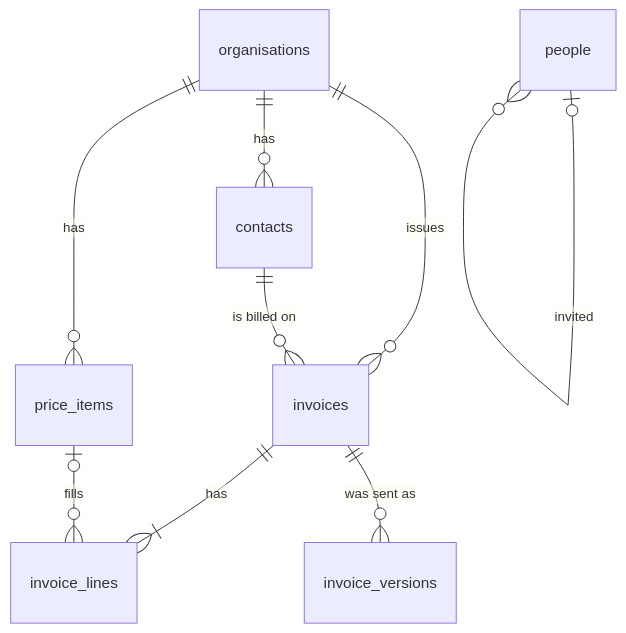
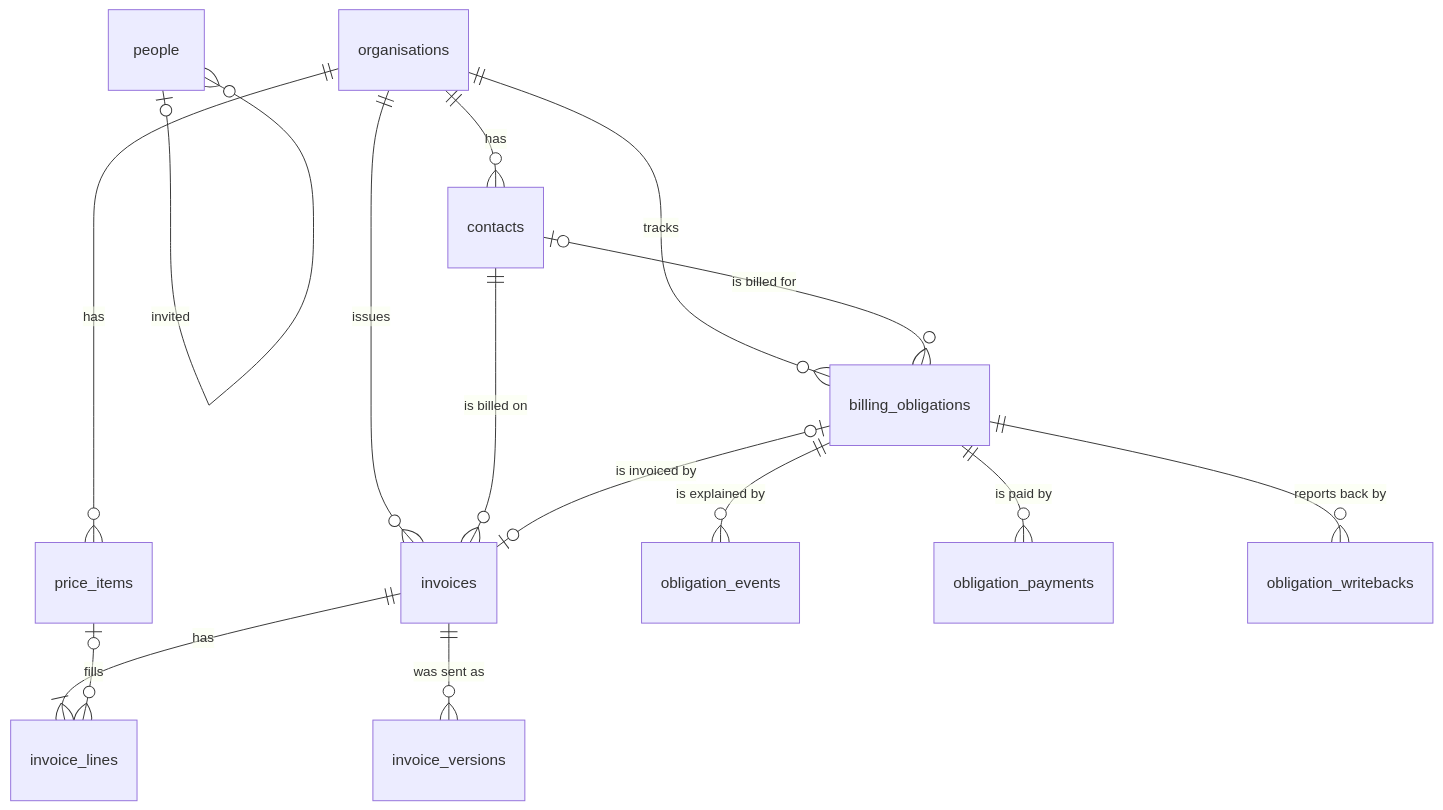
Before and after one commit to arcforgelabs/flow: the first of 2 diagrams in docs/DATA_MODEL.md, drawn with Mermaid. The commit also changed other lines of this file and 8 other files, not shown here.

First line of the commit message:
feat: keep billable jobs in a billing obligation ledger with evidence (#24)

````diff
--- a/docs/DATA_MODEL.md
+++ b/docs/DATA_MODEL.md
@@ -7,11 +7,17 @@
 ```mermaid
 erDiagram
   organisations ||--o{ contacts : has
   organisations ||--o{ price_items : has
   organisations ||--o{ invoices : issues
   contacts ||--o{ invoices : "is billed on"
   invoices ||--|{ invoice_lines : has
   price_items |o--o{ invoice_lines : "fills"
   invoices ||--o{ invoice_versions : "was sent as"
   people |o--o{ people : "invited"
+  organisations ||--o{ billing_obligations : tracks
+  contacts |o--o{ billing_obligations : "is billed for"
+  billing_obligations |o--o| invoices : "is invoiced by"
+  billing_obligations ||--o{ obligation_events : "is explained by"
+  billing_obligations ||--o{ obligation_payments : "is paid by"
+  billing_obligations ||--o{ obligation_writebacks : "reports back by"
 ```
````
